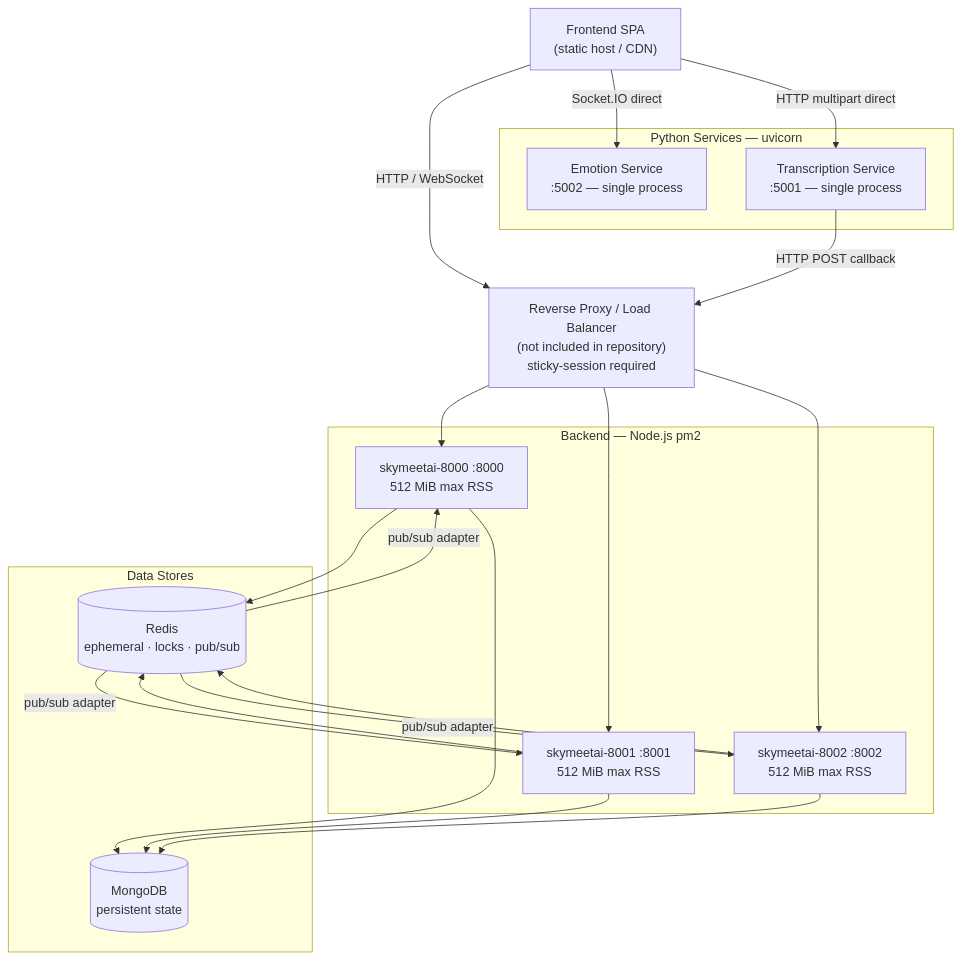
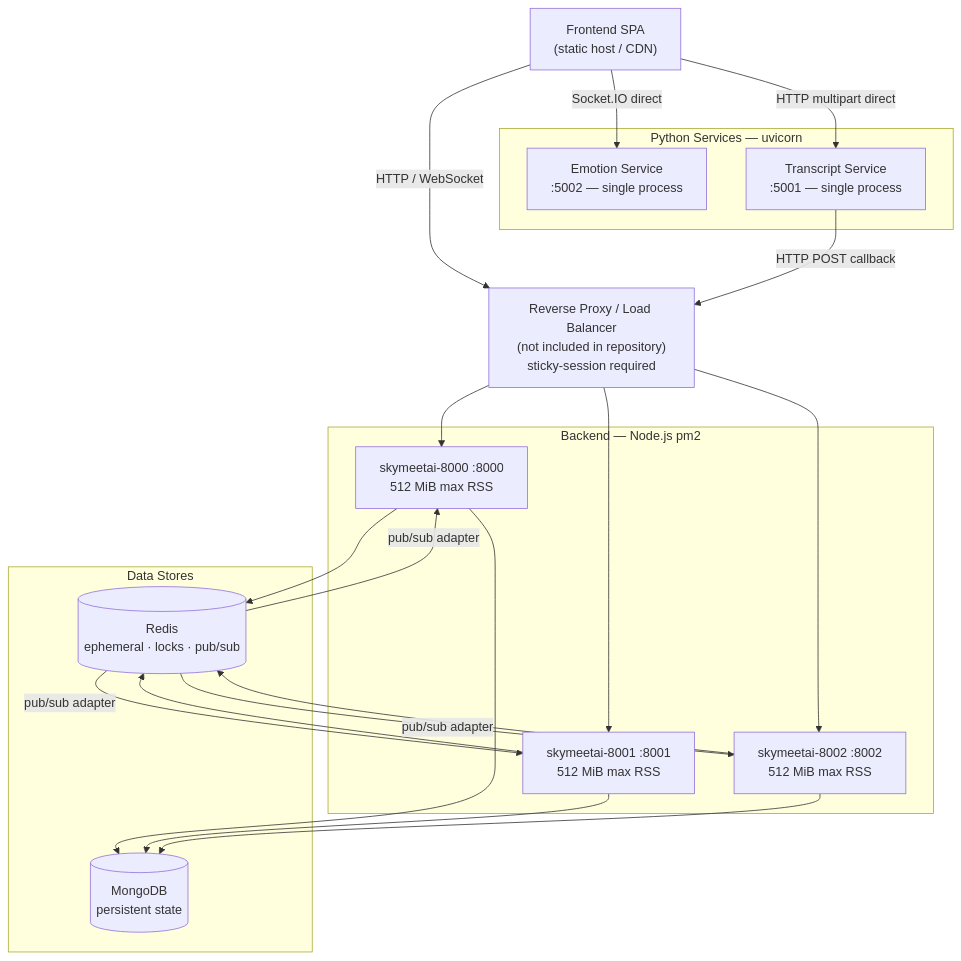
Before and after one commit to AnupamKumar-1/Hoovik: the fourth of 9 diagrams in README.md, drawn with Mermaid. The commit also changed other lines of this file, not shown here.

````diff
--- a/README.md
+++ b/README.md
@@ -303,32 +300,32 @@
 ```mermaid
 graph TD
     FE["Frontend SPA\n(static host / CDN)"]
     LB["Reverse Proxy / Load Balancer\n(not included in repository)\nsticky-session required"]
 
     subgraph BackendCluster ["Backend — Node.js pm2"]
         B0["skymeetai-8000 :8000\n512 MiB max RSS"]
         B1["skymeetai-8001 :8001\n512 MiB max RSS"]
         B2["skymeetai-8002 :8002\n512 MiB max RSS"]
     end
 
     subgraph PythonServices ["Python Services — uvicorn"]
         ES["Emotion Service\n:5002 — single process"]
-        TS["Transcription Service\n:5001 — single process"]
+        TS["Transcript Service\n:5001 — single process"]
     end
 
     subgraph DataStores ["Data Stores"]
         Mongo[("MongoDB\npersistent state")]
         Redis[("Redis\nephemeral · locks · pub/sub")]
     end
 
     FE -->|"HTTP / WebSocket"| LB
     LB --> B0 & B1 & B2
     FE -->|"Socket.IO direct"| ES
     FE -->|"HTTP multipart direct"| TS
 
     B0 & B1 & B2 --> Mongo
     B0 & B1 & B2 --> Redis
     Redis -->|"pub/sub adapter"| B0 & B1 & B2
 
     TS -->|"HTTP POST callback"| LB
 ```
````
